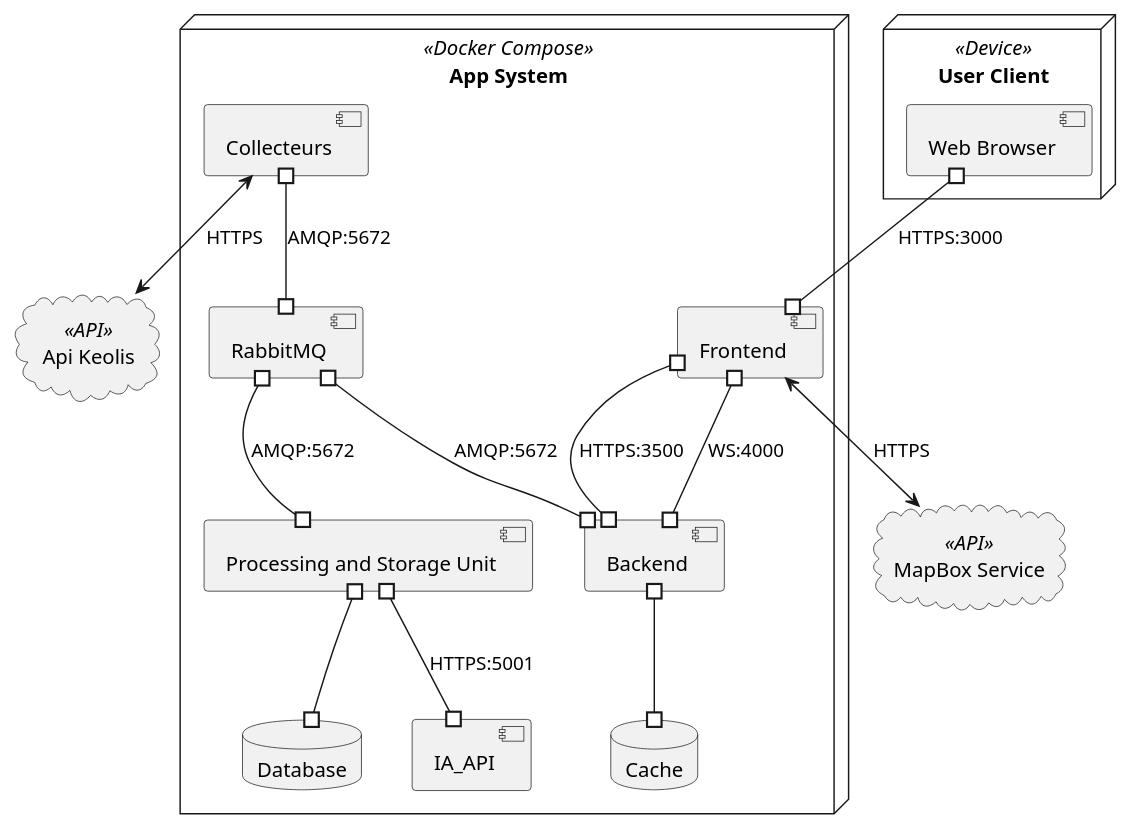
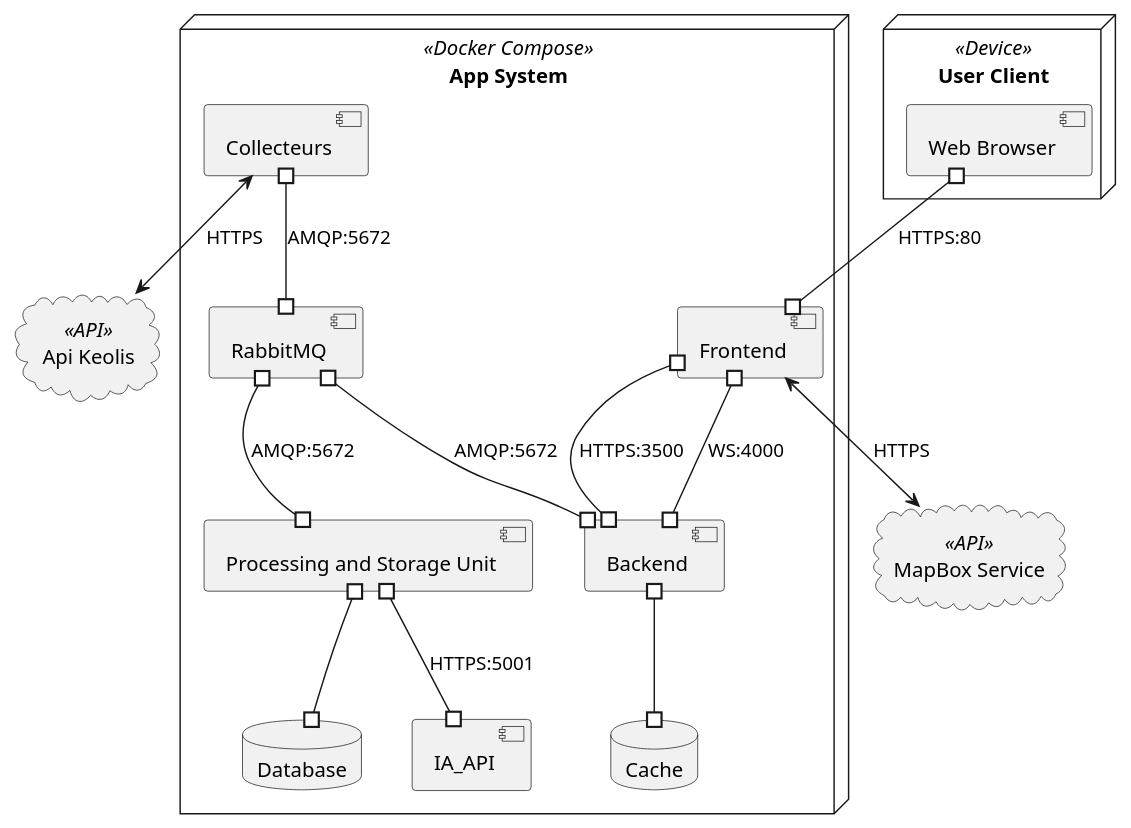
Before and after one commit to ESIR2-PROJET-KEOLIS/design: the diagram in diagrams/global/deployment.puml, drawn with PlantUML.

```diff
--- a/diagrams/global/deployment.puml
+++ b/diagrams/global/deployment.puml
@@ -1,48 +1,48 @@
 @startuml
 'https://plantuml.com/deployment-diagram
 
 node "User Client" <<Device>> as UserClient {
  component "Web Browser" as Browser {
  }
 }
 
     node "App System" <<Docker Compose>> as Docker {
                  component Backend as NestJS {
                  }
                  database Cache {
                  }
 
                   component RabbitMQ {
                   }
                   component "Processing and Storage Unit" as proc{
 
                   }
                   database Database {
                   }
                 component Collecteurs {
                 }
                 component Frontend {
                 }
                 component IA_API {
                 }
     }
 
 cloud "Api Keolis" <<API>> as keo{
 }
 
 cloud "MapBox Service" <<API>> as map{
 
 }
 
-Browser #--# Frontend : HTTPS:3000
+Browser #--# Frontend : HTTPS:80
 Frontend #--# NestJS : HTTPS:3500
 Frontend #--# NestJS : WS:4000
 RabbitMQ #--# NestJS : AMQP:5672
 RabbitMQ #--# proc : AMQP:5672
 Collecteurs #--# RabbitMQ : AMQP:5672
 proc #--# Database
 proc #--# IA_API : HTTPS:5001
 NestJS #--# Cache
 Collecteurs <--> keo : HTTPS
 Frontend <--> map : HTTPS
 @enduml
```
